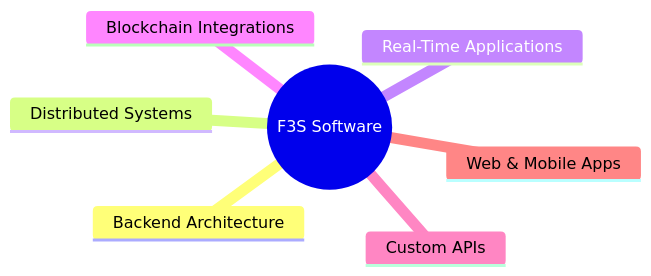
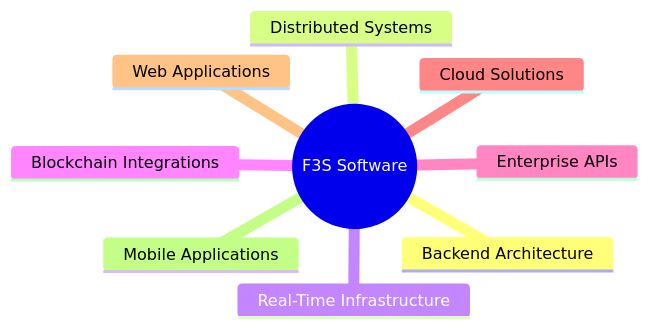
The diagram in README.md (f3sampaio/f3sampaio), drawn with Mermaid before and after one commit. The commit also changed other lines of this file, not shown here.

````diff
--- a/README.md
+++ b/README.md
@@ -80,10 +79,12 @@
 ```mermaid
 mindmap
   root((F3S Software))
     Backend Architecture
     Distributed Systems
-    Real-Time Applications
+    Real-Time Infrastructure
     Blockchain Integrations
-    Custom APIs
-    Web & Mobile Apps
+    Enterprise APIs
+    Cloud Solutions
+    Web Applications
+    Mobile Applications
 ```
````
